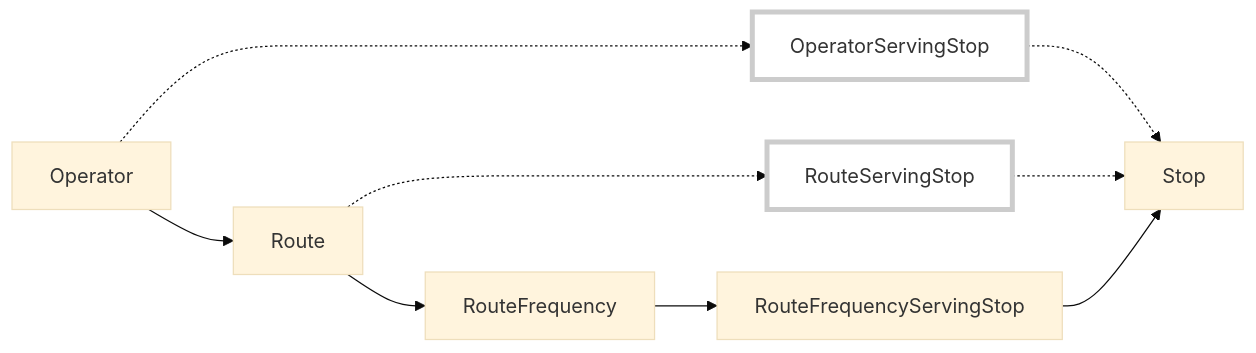
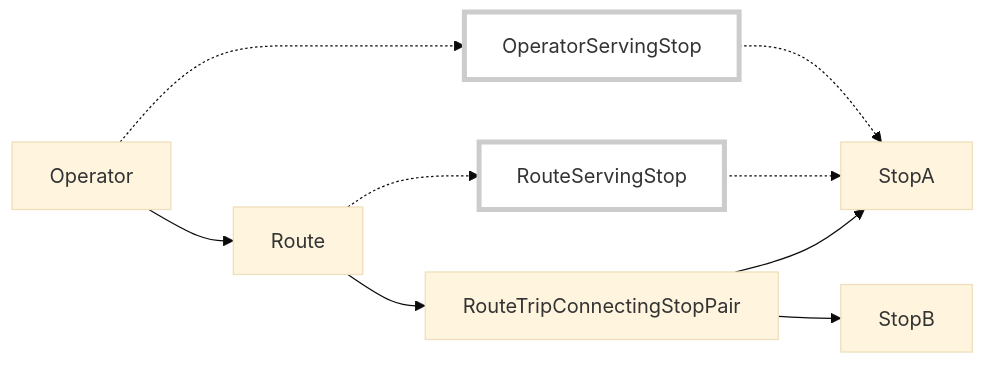
One commit to transitland/transitland-datastore changed the third of 4 diagrams in doc/operator-route-stop-relationships.md. Above: the diagram before and after it, drawn with Mermaid (base theme). The commit also changed other lines of this file, not shown here.

```diff
--- a/doc/operator-route-stop-relationships.md
+++ b/doc/operator-route-stop-relationships.md
@@ -143,13 +137,13 @@
 <div class="mermaid">
   graph LR
     Operator-.->OperatorServingStop
-    OperatorServingStop-.->Stop
+    OperatorServingStop-.->StopA
     Operator-->Route
     Route-.->RouteServingStop
-    RouteServingStop-.->Stop
-    Route-->RouteFrequency
-    RouteFrequency-->RouteFrequencyServingStop
-    RouteFrequencyServingStop-->Stop
+    RouteServingStop-.->StopA
+    Route-->RouteTripConnectingStopPair
+    RouteTripConnectingStopPair--> StopA
+    RouteTripConnectingStopPair--> StopB
     classDef outOfFocus fill:#fff,stroke:#ccc,stroke-width:4px
     class OperatorServingStop,RouteServingStop outOfFocus
 </div>
```
